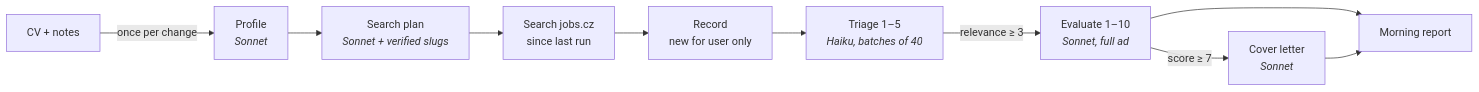
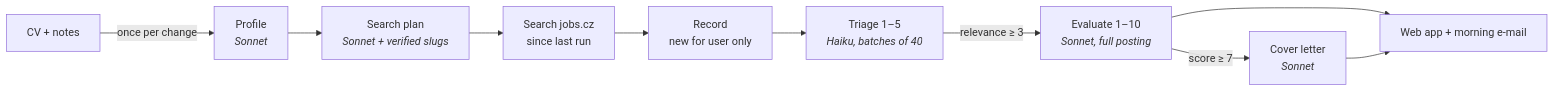
The first of 2 diagrams in README.md (stanislavmatzke-ops/job-scout), drawn with Mermaid before and after one commit. The commit also changed other lines of this file and 1 other file, not shown here.

````diff
--- a/README.md
+++ b/README.md
@@ -35,12 +39,12 @@
 ```mermaid
 flowchart LR
     CV[CV + notes] -->|once per change| P[Profile<br/><i>Sonnet</i>]
     P --> SP[Search plan<br/><i>Sonnet + verified slugs</i>]
     SP --> S[Search jobs.cz<br/>since last run]
     S --> R[Record<br/>new for user only]
     R --> T[Triage 1–5<br/><i>Haiku, batches of 40</i>]
-    T -->|relevance ≥ 3| E[Evaluate 1–10<br/><i>Sonnet, full ad</i>]
+    T -->|relevance ≥ 3| E[Evaluate 1–10<br/><i>Sonnet, full posting</i>]
     E -->|score ≥ 7| L[Cover letter<br/><i>Sonnet</i>]
-    E --> M[Morning report]
-    L --> M
+    E --> W[Web app + morning e-mail]
+    L --> W
 ```
````
